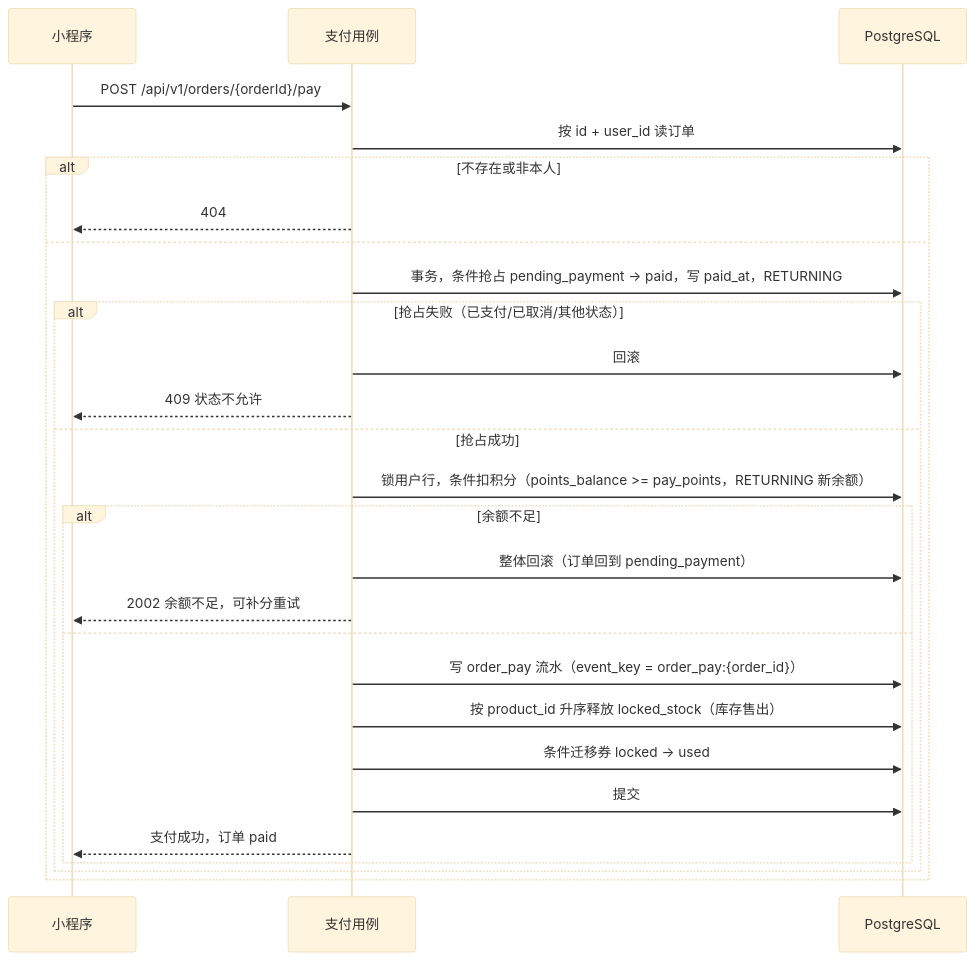
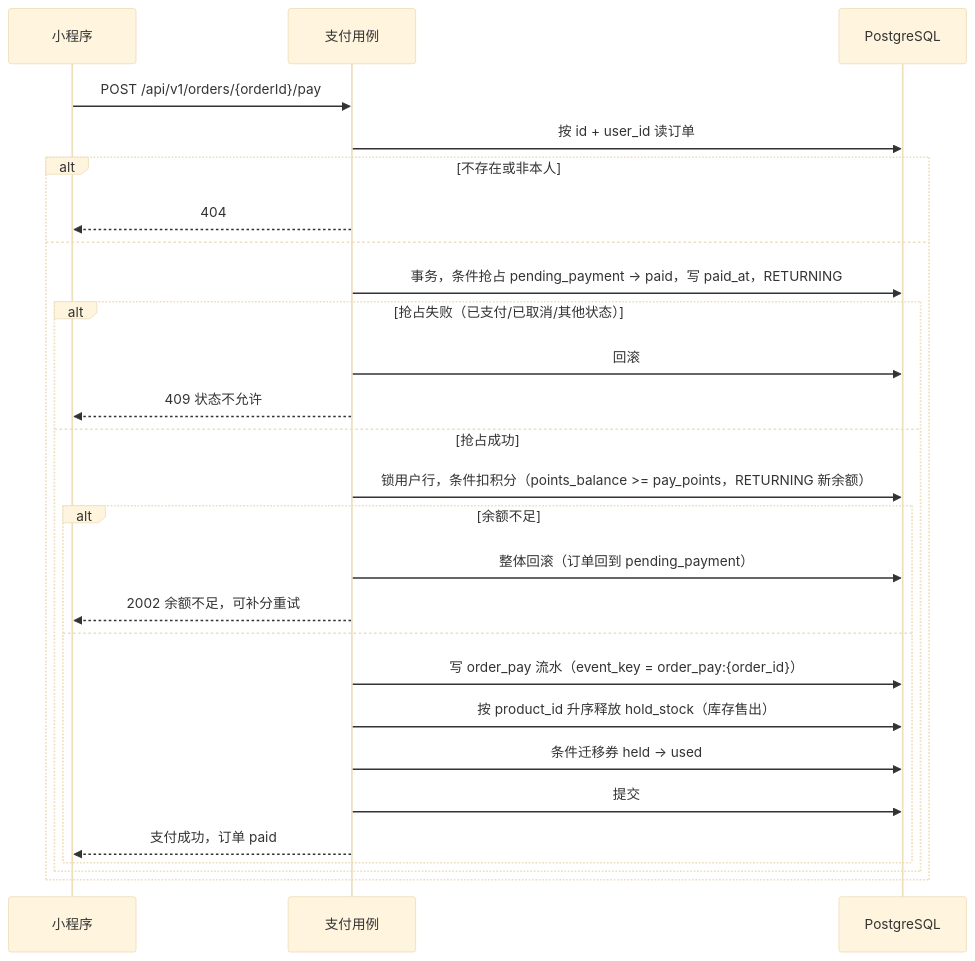
One commit to RBowind/shop-mall changed the sixth of 7 diagrams in docs/architecture/07-coupon-pay-lifecycle.md. Above: the diagram before and after it, drawn with Mermaid (base theme). The commit also changed other lines of this file and 23 other files, not shown here.

````diff
--- a/docs/architecture/07-coupon-pay-lifecycle.md
+++ b/docs/architecture/07-coupon-pay-lifecycle.md
@@ -285,30 +285,30 @@
 ```mermaid
 sequenceDiagram
     participant M as 小程序
     participant U as 支付用例
     participant DB as PostgreSQL
 
     M->>U: POST /api/v1/orders/{orderId}/pay
     U->>DB: 按 id + user_id 读订单
     alt 不存在或非本人
         U-->>M: 404
     else
         U->>DB: 事务，条件抢占 pending_payment -> paid，写 paid_at，RETURNING
         alt 抢占失败（已支付/已取消/其他状态）
             U->>DB: 回滚
             U-->>M: 409 状态不允许
         else 抢占成功
             U->>DB: 锁用户行，条件扣积分（points_balance >= pay_points，RETURNING 新余额）
             alt 余额不足
                 U->>DB: 整体回滚（订单回到 pending_payment）
                 U-->>M: 2002 余额不足，可补分重试
             else
                 U->>DB: 写 order_pay 流水（event_key = order_pay:{order_id}）
-                U->>DB: 按 product_id 升序释放 locked_stock（库存售出）
-                U->>DB: 条件迁移券 locked -> used
+                U->>DB: 按 product_id 升序释放 hold_stock（库存售出）
+                U->>DB: 条件迁移券 held -> used
                 U->>DB: 提交
                 U-->>M: 支付成功，订单 paid
             end
         end
     end
 ```
````
